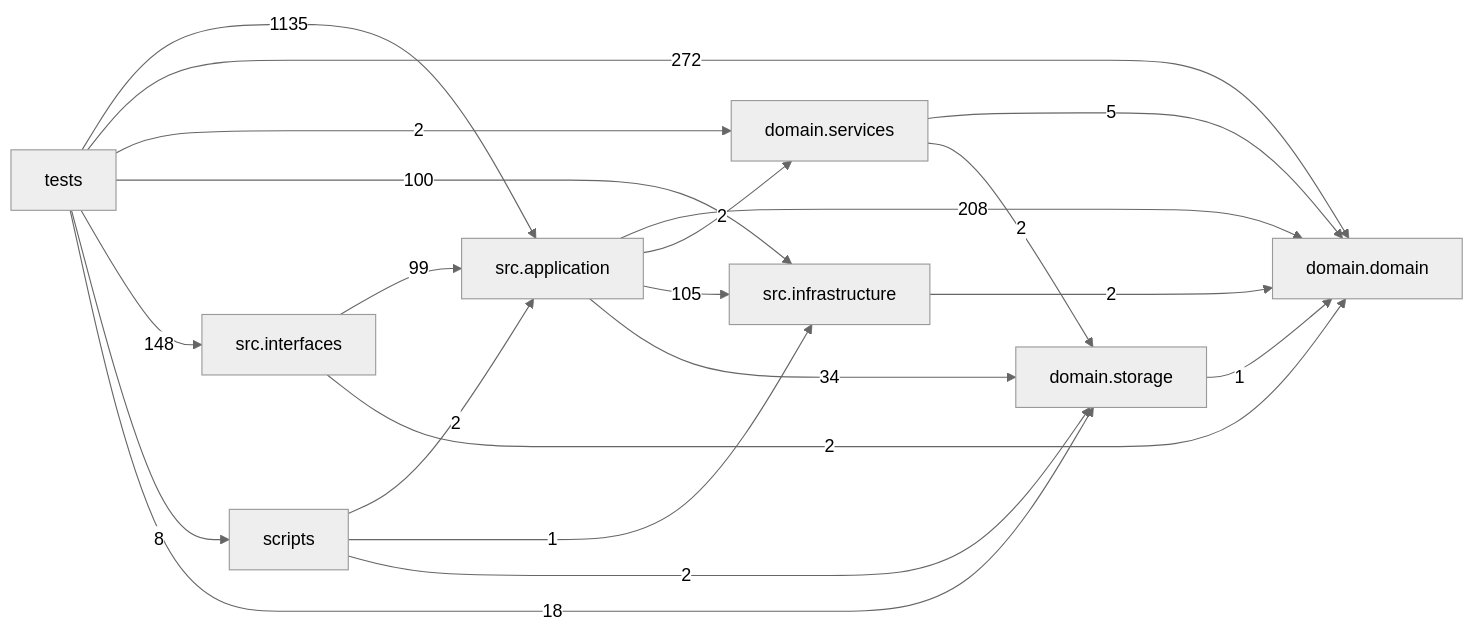
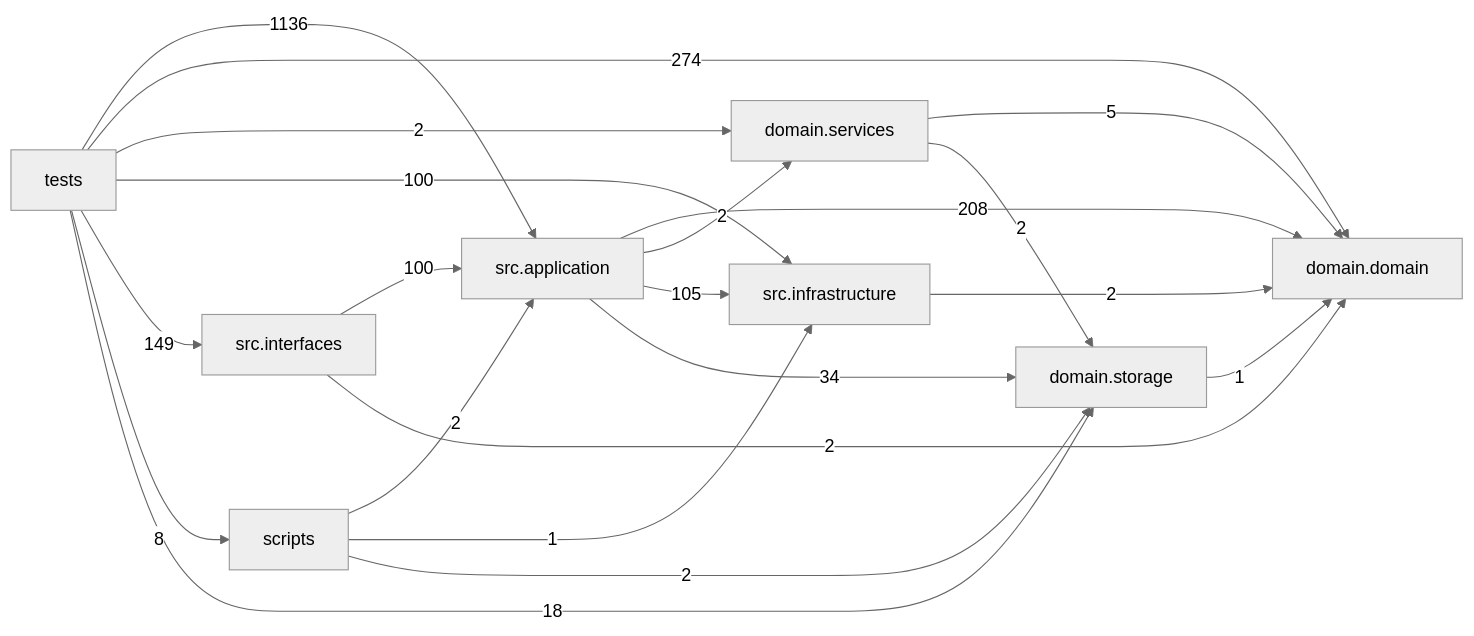
One commit to liuxie066/options-monitor changed the diagram in docs/DEPENDENCY_GRAPH.md. Above: the diagram before and after it, drawn with Mermaid (neutral theme). The commit also changed other lines of this file and 13 other files, not shown here.

````diff
--- a/docs/DEPENDENCY_GRAPH.md
+++ b/docs/DEPENDENCY_GRAPH.md
@@ -24,31 +24,31 @@
 ```mermaid
 flowchart LR
   tests["tests"]
   scripts["scripts"]
   interfaces["src.interfaces"]
   application["src.application"]
   infrastructure["src.infrastructure"]
   domain_services["domain.services"]
   domain["domain.domain"]
   storage["domain.storage"]
   application -->|208| domain
   application -->|2| domain_services
   application -->|105| infrastructure
   application -->|34| storage
   domain_services -->|5| domain
   domain_services -->|2| storage
   infrastructure -->|2| domain
-  interfaces -->|99| application
+  interfaces -->|100| application
   interfaces -->|2| domain
   scripts -->|2| application
   scripts -->|1| infrastructure
   scripts -->|2| storage
   storage -->|1| domain
-  tests -->|1135| application
-  tests -->|272| domain
+  tests -->|1136| application
+  tests -->|274| domain
   tests -->|2| domain_services
   tests -->|100| infrastructure
-  tests -->|148| interfaces
+  tests -->|149| interfaces
   tests -->|8| scripts
   tests -->|18| storage
 ```
````
